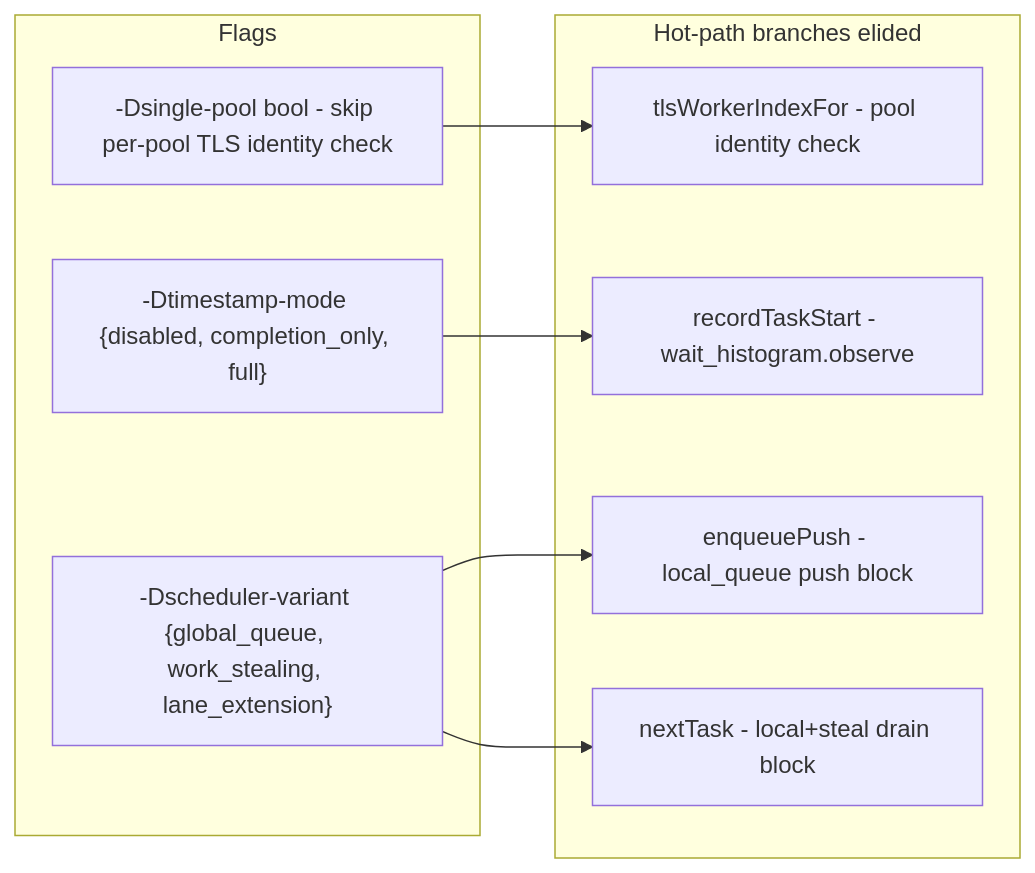
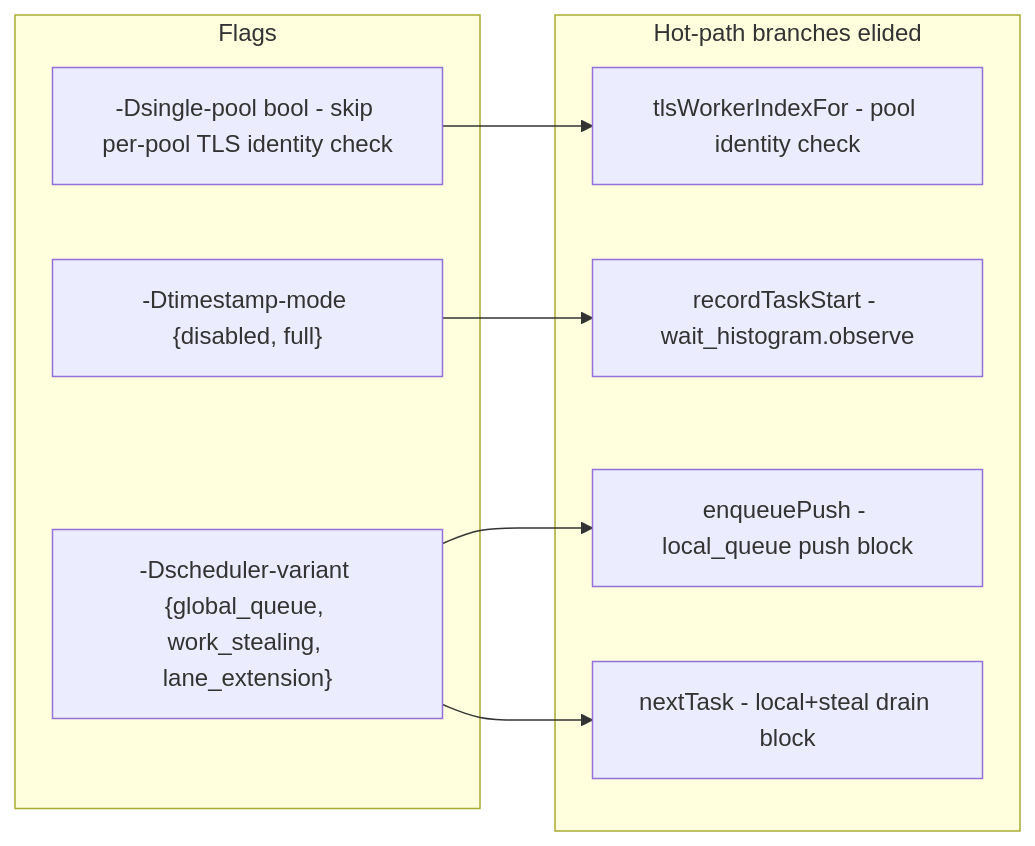
Diagram 13 of 13 in docs/ALGORITHMS.md (geodedb/zig-thread-pool), drawn with Mermaid before and after one commit. The commit also changed 4 other files, not shown here.

````diff
--- a/docs/ALGORITHMS.md
+++ b/docs/ALGORITHMS.md
@@ -514,18 +514,18 @@
 ```mermaid
 flowchart LR
     subgraph Flags
         F1[-Dsingle-pool bool - skip per-pool TLS identity check]
-        F2["-Dtimestamp-mode {disabled, completion_only, full}"]
+        F2["-Dtimestamp-mode {disabled, full}"]
         F3["-Dscheduler-variant {global_queue, work_stealing, lane_extension}"]
     end
     subgraph Branches[Hot-path branches elided]
         B1[tlsWorkerIndexFor - pool identity check]
         B2[recordTaskStart - wait_histogram.observe]
         B3[enqueuePush - local_queue push block]
         B4[nextTask - local+steal drain block]
     end
     F1 --> B1
     F2 --> B2
     F3 --> B3
     F3 --> B4
 ```
````
